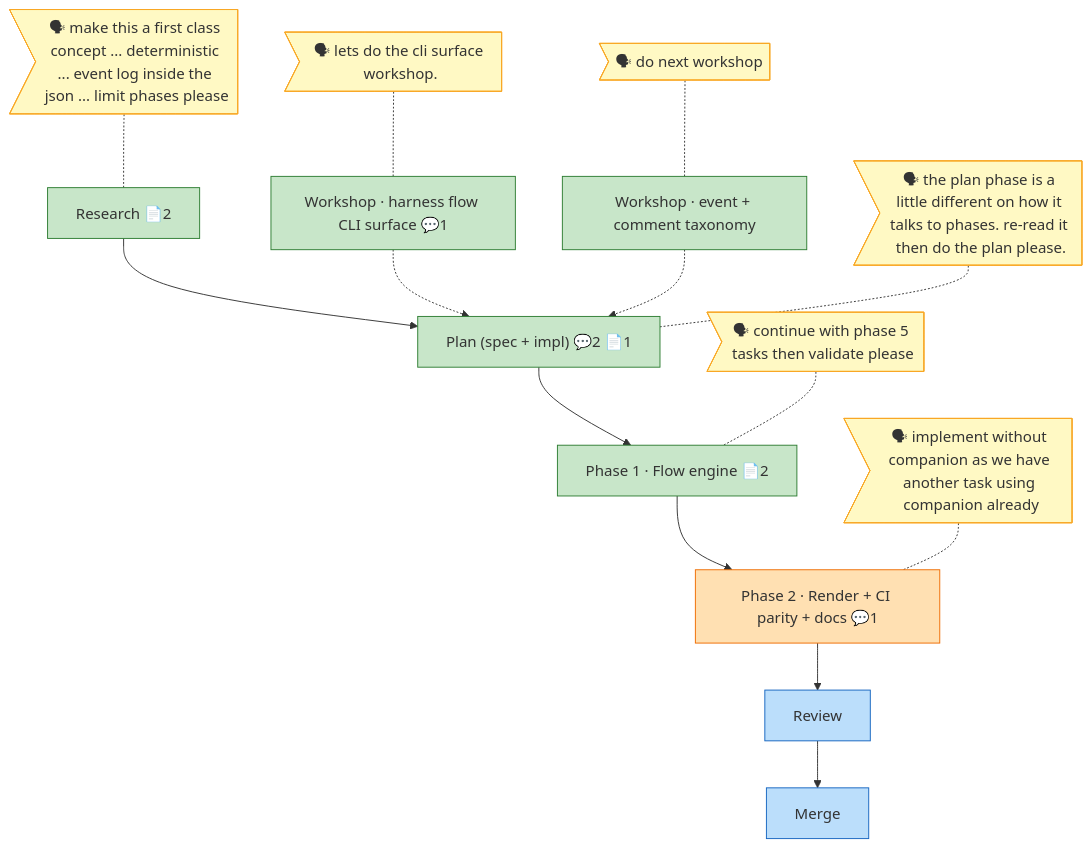
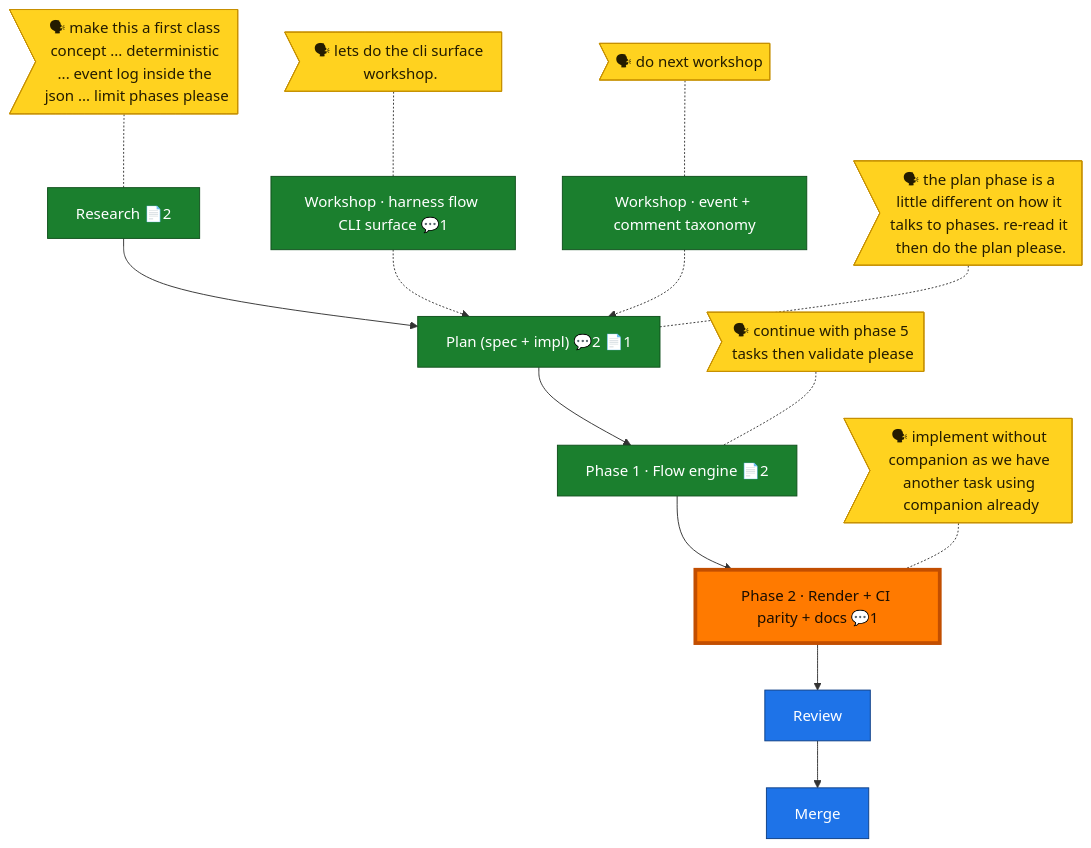
One commit to AI-Substrate/harness-engineering changed the diagram in harness/cli/test/services/flow/fixtures/render/flight-plan-024.md. Above: the diagram before and after it, drawn with Mermaid. The commit also changed other lines of this file and 7 other files, not shown here.

First line of the commit message:
feat(flow-040): visible chore status + vivid render palette + current-node highlight

````diff
--- a/harness/cli/test/services/flow/fixtures/render/flight-plan-024.md
+++ b/harness/cli/test/services/flow/fixtures/render/flight-plan-024.md
@@ -8,47 +8,50 @@
 ```mermaid
 flowchart TD
     research["Research 📄2"]:::done
     plan["Plan (spec + impl) 💬2 📄1"]:::done
     p1["Phase 1 · Flow engine 📄2"]:::done
     p2["Phase 2 · Render + CI parity + docs 💬1"]:::wip
     merge["Merge"]:::known
     review["Review"]:::known
 
     research --> plan
     plan --> p1
     p1 --> p2
     p2 --> review
     review --> merge
 
     ws_cli["Workshop · harness flow CLI surface 💬1"]:::done
     ws_events["Workshop · event + comment taxonomy"]:::done
     ws_cli -.-> plan
     ws_events -.-> plan
 
     say_research>"🗣 make this a first class concept ... deterministic ... event log inside the json ... limit phases please"]:::said
     say_research -.- research
     say_plan>"🗣 the plan phase is a little different on how it talks to phases. re-read it then do the plan please."]:::said
     say_plan -.- plan
     say_p1>"🗣 continue with phase 5 tasks then validate please"]:::said
     say_p1 -.- p1
     say_p2>"🗣 implement without companion as we have another task using companion already"]:::said
     say_p2 -.- p2
     say_ws_cli>"🗣 lets do the cli surface workshop."]:::said
     say_ws_cli -.- ws_cli
     say_ws_events>"🗣 do next workshop"]:::said
     say_ws_events -.- ws_events
 
-    classDef done fill:#C8E6C9,stroke:#2E7D32;
-    classDef wip fill:#FFE0B2,stroke:#EF6C00;
-    classDef blocked fill:#FFCDD2,stroke:#C62828;
-    classDef known fill:#BBDEFB,stroke:#1565C0;
-    classDef assumed fill:#ECEFF1,stroke:#90A4AE,stroke-dasharray:5 3;
-    classDef said fill:#FFF9C4,stroke:#F9A825;
-    classDef harness fill:#EDE7F6,stroke:#673AB7;
-    classDef decision fill:#FFF3E0,stroke:#FB8C00,stroke-dasharray:2 2;
-    classDef companion fill:#D1C4E9,stroke:#5E35B1;
-    classDef worker fill:#B2DFDB,stroke:#00897B;
-    classDef unknown fill:#FAFAFA,stroke:#BDBDBD,stroke-dasharray:1 4;
+    classDef done fill:#1B7F2E,stroke:#0F4F1B,color:#fff;
+    classDef wip fill:#43C04A,stroke:#1B7F2E,color:#04210A;
+    classDef blocked fill:#E53935,stroke:#8E1513,color:#fff;
+    classDef known fill:#1E73E8,stroke:#0D3F86,color:#fff;
+    classDef assumed fill:#CFD8DC,stroke:#607D8B,color:#1a1a1a,stroke-dasharray:5 3;
+    classDef said fill:#FFD21F,stroke:#C79100,color:#241c00;
+    classDef harness fill:#7E3FF2,stroke:#4A1FA8,color:#fff;
+    classDef harnessFaded fill:#D6CBEC,stroke:#A892D4,color:#5B4E78;
+    classDef decision fill:#FF8F00,stroke:#B25E00,color:#1a1100,stroke-dasharray:2 2;
+    classDef companion fill:#AB2FCB,stroke:#6A1480,color:#fff;
+    classDef worker fill:#00A38C,stroke:#005046,color:#fff;
+    classDef unknown fill:#ECEFF1,stroke:#90A4AE,color:#1a1a1a,stroke-dasharray:1 4;
     classDef impOptional stroke-dasharray:2 3;
     classDef impStrong stroke-width:3px;
+    classDef current fill:#FF7A00,stroke:#C24E00,color:#1a0e00,stroke-width:4px;
+    class p2 current;
 ```
````
